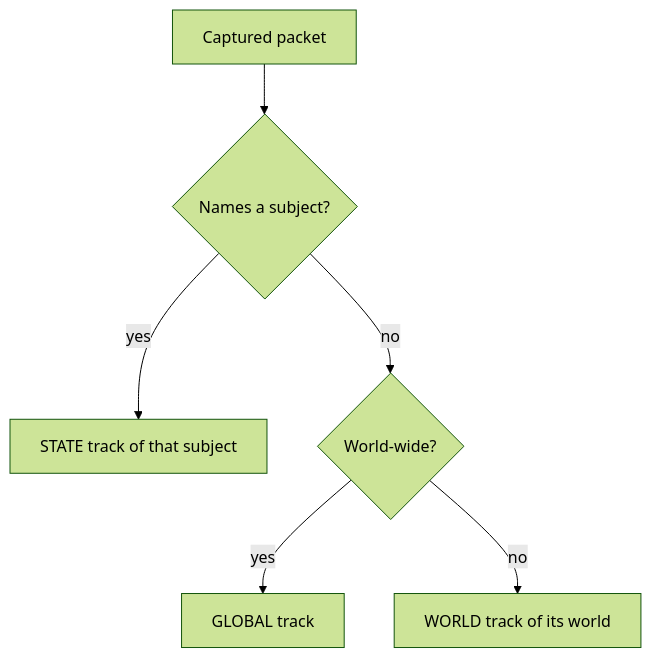
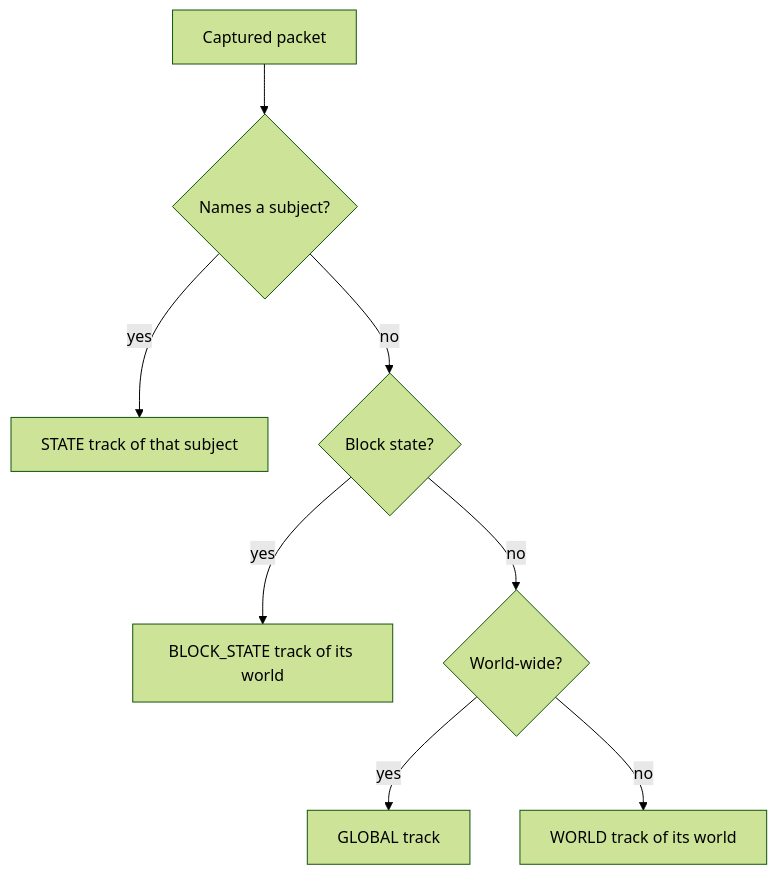
One commit to schmolldechse/replay-framework changed the diagram in docs/recording-tracks.md. Above: the diagram before and after it, drawn with Mermaid (forest theme). The commit also changed other lines of this file and 41 other files, not shown here.

````diff
--- a/docs/recording-tracks.md
+++ b/docs/recording-tracks.md
@@ -45,8 +47,10 @@
 ```mermaid
 flowchart TD
     packet["Captured packet"] --> subject{"Names a subject?"}
     subject -->|yes| state["STATE track of that subject"]
-    subject -->|no| wide{"World-wide?"}
+    subject -->|no| block{"Block state?"}
+    block -->|yes| blocks["BLOCK_STATE track of its world"]
+    block -->|no| wide{"World-wide?"}
     wide -->|yes| global["GLOBAL track"]
     wide -->|no| world["WORLD track of its world"]
 ```
````
